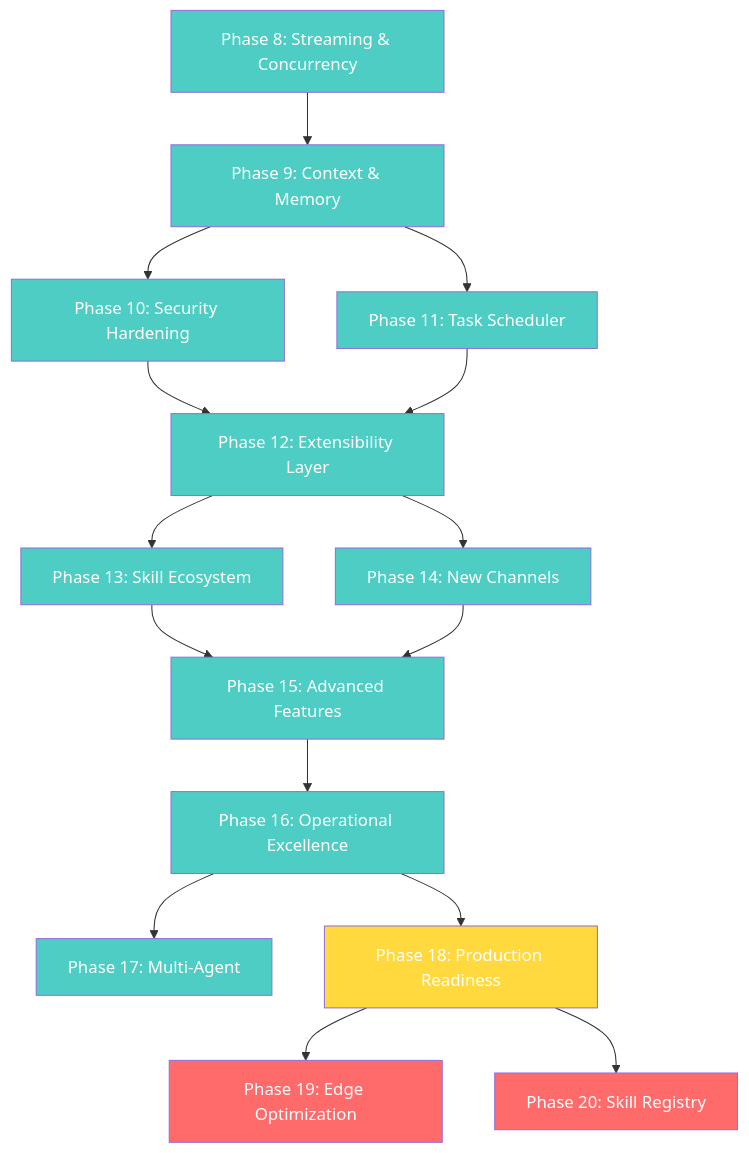
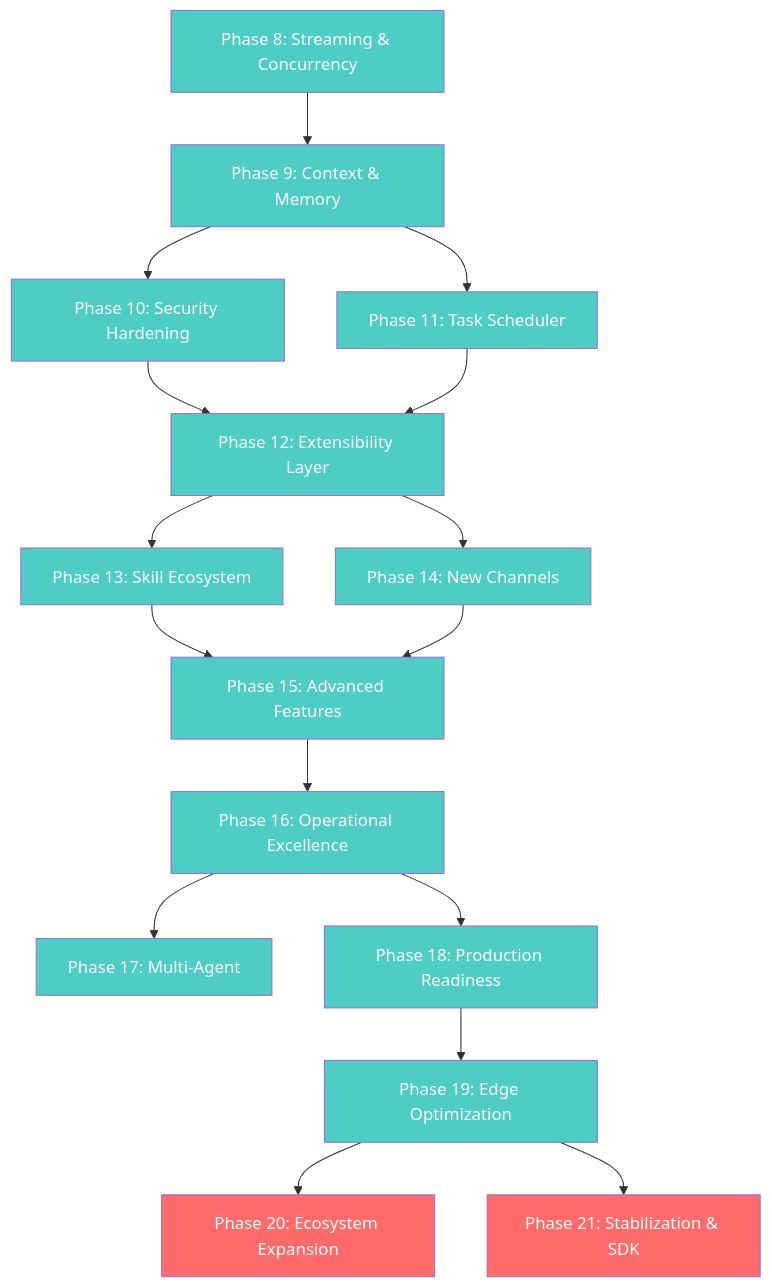
Before and after one commit to ashuksingh11/tizenclaw: the second of 2 diagrams in docs/ROADMAP.md, drawn with Mermaid. The commit also changed other lines of this file and 6 other files, not shown here.

````diff
--- a/docs/ROADMAP.md
+++ b/docs/ROADMAP.md
@@ -881,31 +895,33 @@
 ```mermaid
 graph TD
     P8[Phase 8: Streaming & Concurrency] --> P9[Phase 9: Context & Memory]
     P9 --> P10[Phase 10: Security Hardening]
     P9 --> P11[Phase 11: Task Scheduler]
     P10 --> P12[Phase 12: Extensibility Layer]
     P11 --> P12
     P12 --> P13[Phase 13: Skill Ecosystem]
     P12 --> P14[Phase 14: New Channels]
     P13 --> P15[Phase 15: Advanced Features]
     P14 --> P15
     P15 --> P16[Phase 16: Operational Excellence]
     P16 --> P17[Phase 17: Multi-Agent]
     P16 --> P18[Phase 18: Production Readiness]
     P18 --> P19[Phase 19: Edge Optimization]
-    P18 --> P20[Phase 20: Skill Registry]
+    P19 --> P20[Phase 20: Ecosystem Expansion]
+    P19 --> P21[Phase 21: Stabilization & SDK]
 
     style P8 fill:#4ecdc4,color:#fff
     style P9 fill:#4ecdc4,color:#fff
     style P10 fill:#4ecdc4,color:#fff
     style P11 fill:#4ecdc4,color:#fff
     style P12 fill:#4ecdc4,color:#fff
     style P13 fill:#4ecdc4,color:#fff
     style P14 fill:#4ecdc4,color:#fff
     style P15 fill:#4ecdc4,color:#fff
     style P16 fill:#4ecdc4,color:#fff
     style P17 fill:#4ecdc4,color:#fff
-    style P18 fill:#ffd93d,color:#fff
-    style P19 fill:#ff6b6b,color:#fff
+    style P18 fill:#4ecdc4,color:#fff
+    style P19 fill:#4ecdc4,color:#fff
     style P20 fill:#ff6b6b,color:#fff
+    style P21 fill:#ff6b6b,color:#fff
 ```
````
